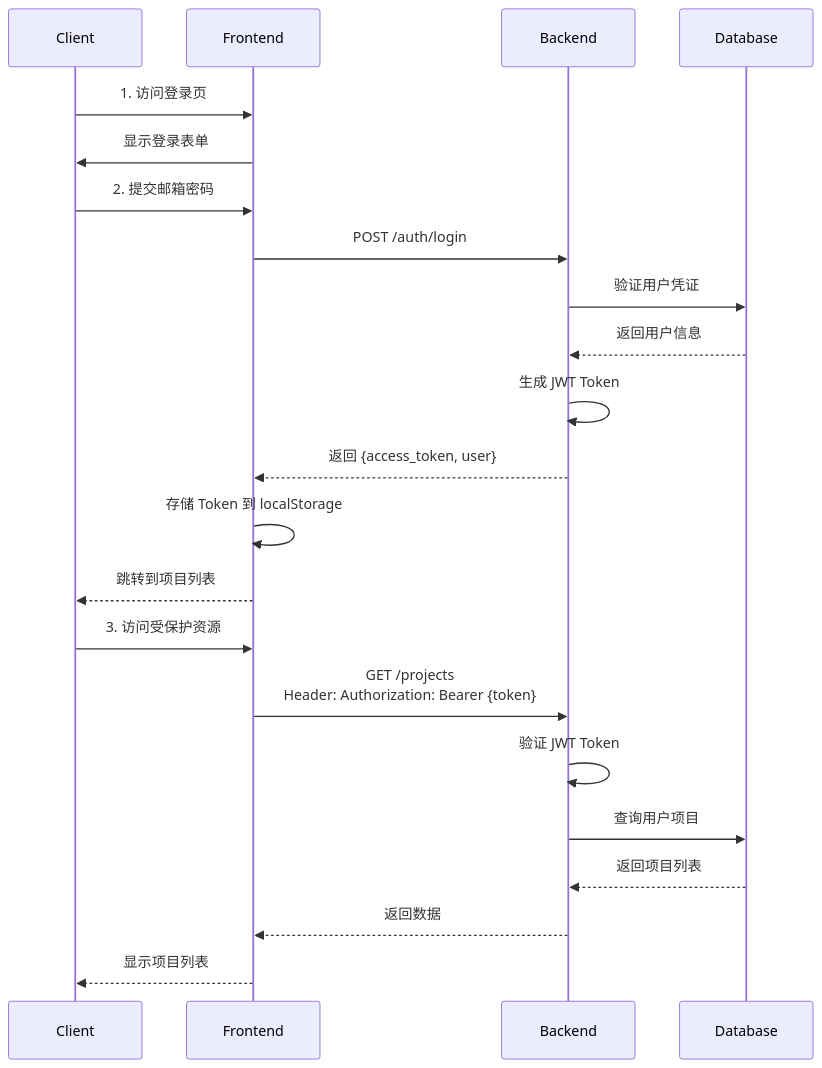
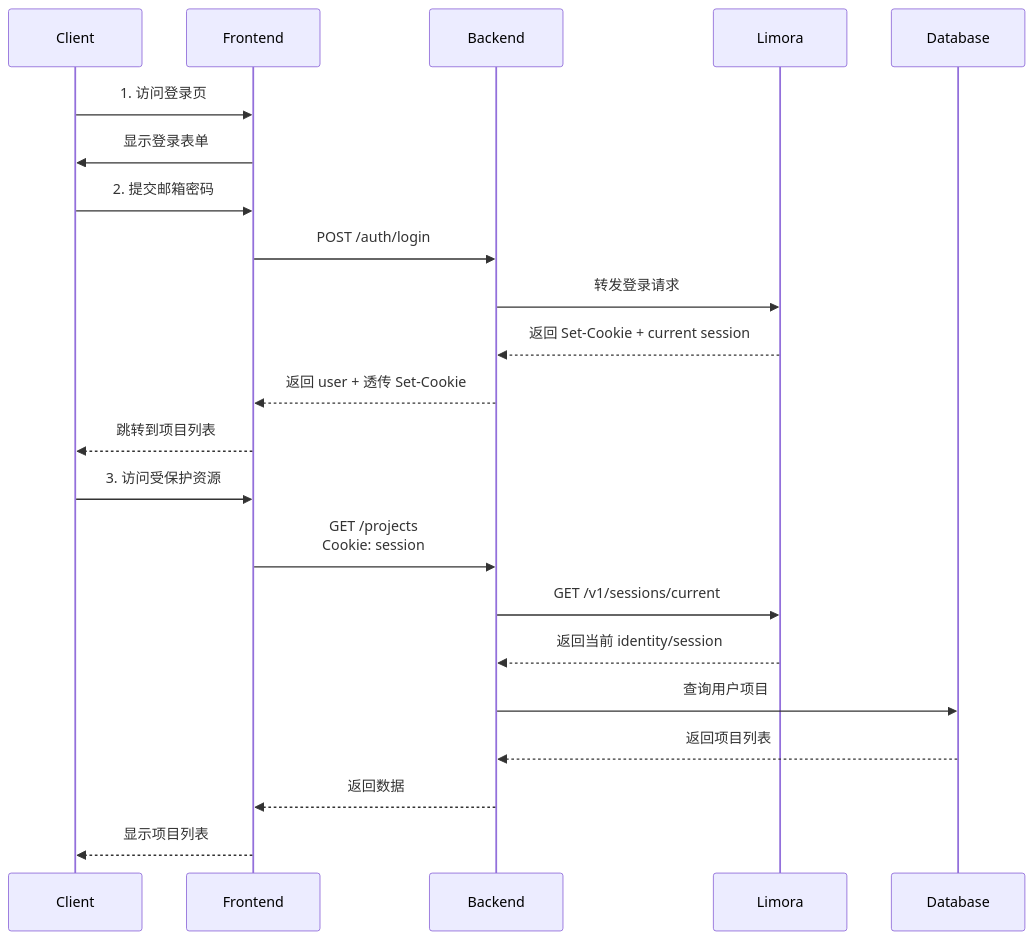
Before and after one commit to ln-one/Spectra: the diagram in docs/architecture/system/security-architecture.md, drawn with Mermaid. The commit also changed other lines of this file and 94 other files, not shown here.

````diff
--- a/docs/architecture/system/security-architecture.md
+++ b/docs/architecture/system/security-architecture.md
@@ -7,27 +7,27 @@
 ```mermaid
 sequenceDiagram
  participant C as Client
  participant F as Frontend
  participant B as Backend
+ participant L as Limora
  participant DB as Database
 
  C->>F: 1. 访问登录页
  F->>C: 显示登录表单
  
  C->>F: 2. 提交邮箱密码
  F->>B: POST /auth/login
- B->>DB: 验证用户凭证
- DB-->>B: 返回用户信息
- B->>B: 生成 JWT Token
- B-->>F: 返回 {access_token, user}
- F->>F: 存储 Token 到 localStorage
+ B->>L: 转发登录请求
+ L-->>B: 返回 Set-Cookie + current session
+ B-->>F: 返回 user + 透传 Set-Cookie
  F-->>C: 跳转到项目列表
  
  C->>F: 3. 访问受保护资源
- F->>B: GET /projects<br/>Header: Authorization: Bearer {token}
- B->>B: 验证 JWT Token
+ F->>B: GET /projects<br/>Cookie: session
+ B->>L: GET /v1/sessions/current
+ L-->>B: 返回当前 identity/session
  B->>DB: 查询用户项目
  DB-->>B: 返回项目列表
  B-->>F: 返回数据
  F-->>C: 显示项目列表
 ```
````
